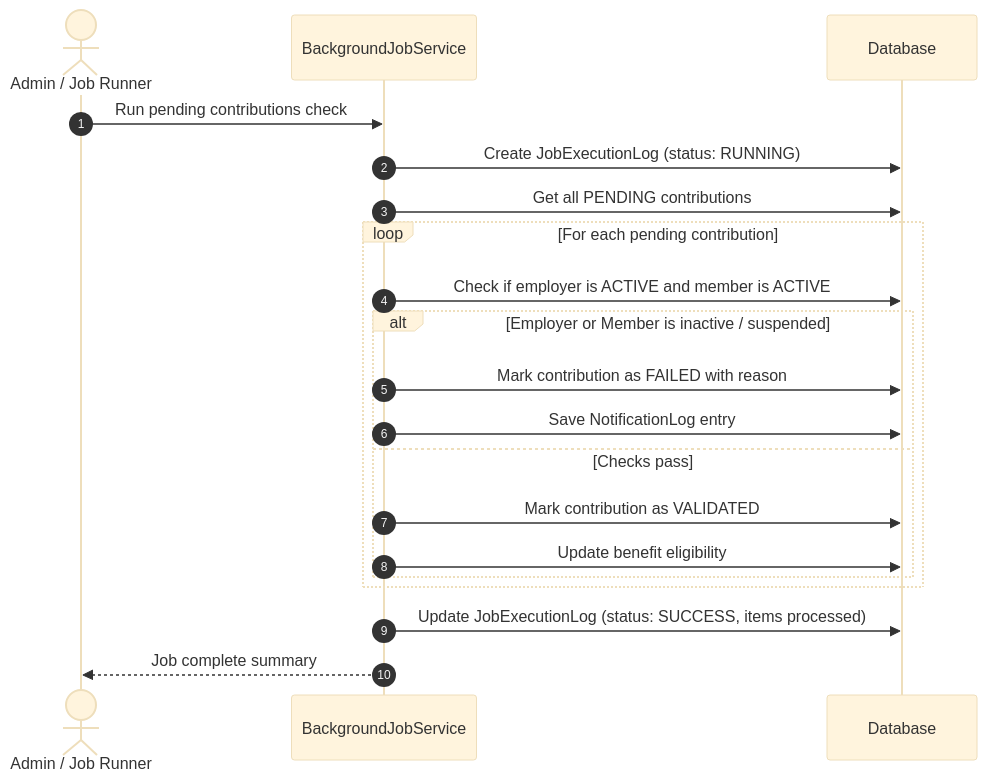
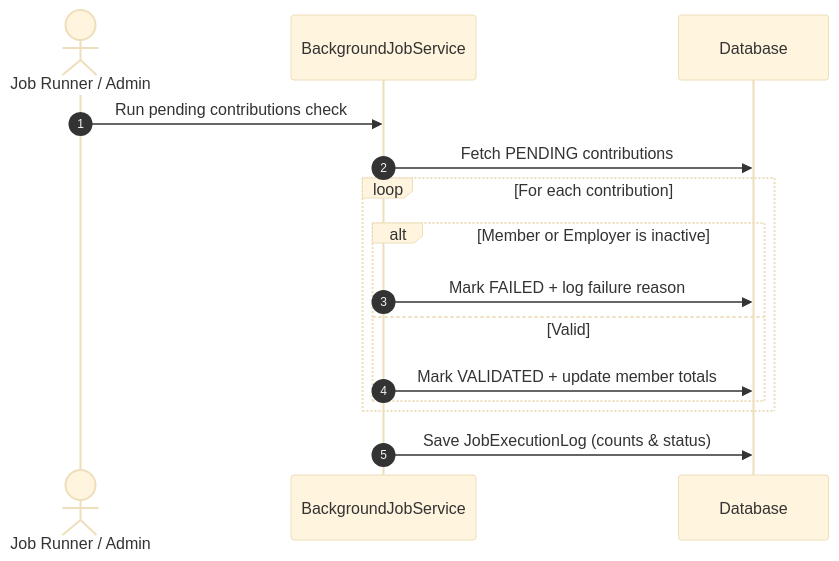
The seventh of 7 diagrams in SYSTEM_DESIGN.md (victorquadri123/pension-contribution-management-system), drawn with Mermaid (base theme) before and after one commit. The commit also changed other lines of this file, not shown here.

````diff
--- a/SYSTEM_DESIGN.md
+++ b/SYSTEM_DESIGN.md
@@ -263,25 +172,18 @@
 ```mermaid
 sequenceDiagram
     autonumber
-    actor Admin as Admin / Job Runner
-    participant JobService as BackgroundJobService
+    actor Runner as Job Runner / Admin
+    participant Svc as BackgroundJobService
     participant DB as Database
 
-    Admin->>JobService: Run pending contributions check
-    JobService->>DB: Create JobExecutionLog (status: RUNNING)
-    JobService->>DB: Get all PENDING contributions
-
-    loop For each pending contribution
-        JobService->>DB: Check if employer is ACTIVE and member is ACTIVE
-        alt Employer or Member is inactive / suspended
-            JobService->>DB: Mark contribution as FAILED with reason
-            JobService->>DB: Save NotificationLog entry
-        else Checks pass
-            JobService->>DB: Mark contribution as VALIDATED
-            JobService->>DB: Update benefit eligibility
+    Runner->>Svc: Run pending contributions check
+    Svc->>DB: Fetch PENDING contributions
+    loop For each contribution
+        alt Member or Employer is inactive
+            Svc->>DB: Mark FAILED + log failure reason
+        else Valid
+            Svc->>DB: Mark VALIDATED + update member totals
         end
     end
-
-    JobService->>DB: Update JobExecutionLog (status: SUCCESS, items processed)
-    JobService-->>Admin: Job complete summary
+    Svc->>DB: Save JobExecutionLog (counts & status)
 ```
````
